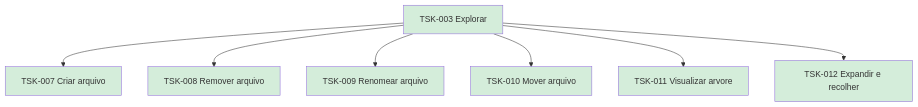
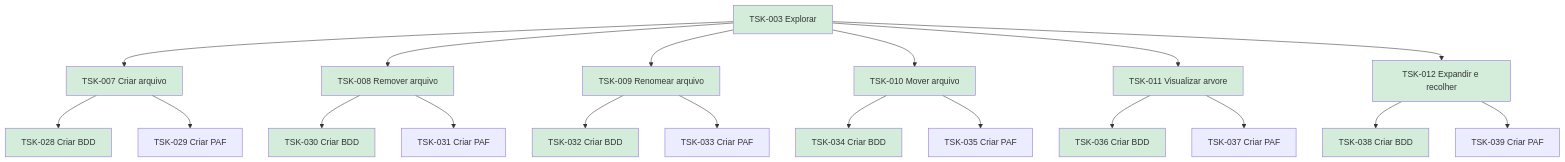
The diagram in flow/tasks/TSK-001-criar-epico/TSK-002-criar-as-historias/TSK-003-explorar/README.md (laerciogermano/workstation), drawn with Mermaid before and after one commit. The commit also changed other lines of this file and 79 other files, not shown here.

First line of the commit message:
Add new tasks for BDD and PAF creation in project documentation

````diff
--- a/flow/tasks/TSK-001-criar-epico/TSK-002-criar-as-historias/TSK-003-explorar/README.md
+++ b/flow/tasks/TSK-001-criar-epico/TSK-002-criar-as-historias/TSK-003-explorar/README.md
@@ -12,23 +12,53 @@
 ```mermaid
 flowchart TD
   T003[TSK-003 Explorar]
   T007[TSK-007 Criar arquivo]
   T008[TSK-008 Remover arquivo]
   T009[TSK-009 Renomear arquivo]
   T010[TSK-010 Mover arquivo]
   T011[TSK-011 Visualizar arvore]
   T012[TSK-012 Expandir e recolher]
+  T028[TSK-028 Criar BDD]
+  T029[TSK-029 Criar PAF]
+  T030[TSK-030 Criar BDD]
+  T031[TSK-031 Criar PAF]
+  T032[TSK-032 Criar BDD]
+  T033[TSK-033 Criar PAF]
+  T034[TSK-034 Criar BDD]
+  T035[TSK-035 Criar PAF]
+  T036[TSK-036 Criar BDD]
+  T037[TSK-037 Criar PAF]
+  T038[TSK-038 Criar BDD]
+  T039[TSK-039 Criar PAF]
   T003 --> T007
   T003 --> T008
   T003 --> T009
   T003 --> T010
   T003 --> T011
   T003 --> T012
+  T007 --> T028
+  T007 --> T029
+  T008 --> T030
+  T008 --> T031
+  T009 --> T032
+  T009 --> T033
+  T010 --> T034
+  T010 --> T035
+  T011 --> T036
+  T011 --> T037
+  T012 --> T038
+  T012 --> T039
   style T003 fill:#d4edda
   style T007 fill:#d4edda
+  style T028 fill:#d4edda
   style T008 fill:#d4edda
+  style T030 fill:#d4edda
   style T009 fill:#d4edda
+  style T032 fill:#d4edda
   style T010 fill:#d4edda
+  style T034 fill:#d4edda
   style T011 fill:#d4edda
+  style T036 fill:#d4edda
   style T012 fill:#d4edda
+  style T038 fill:#d4edda
 ```
````
